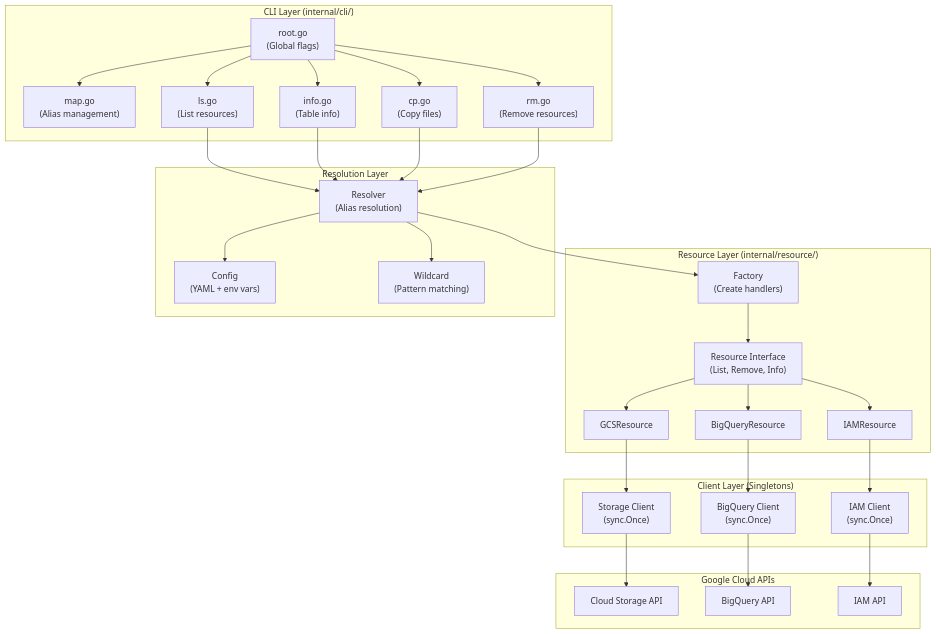
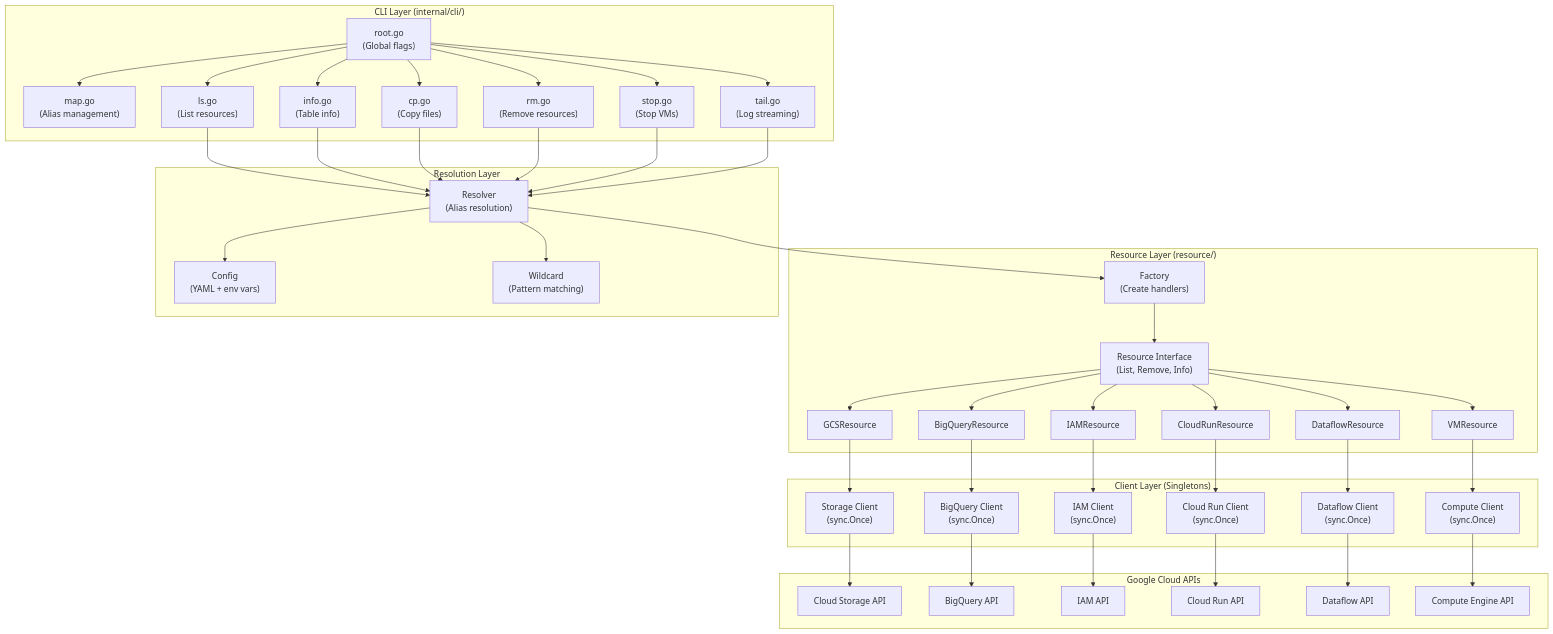
One commit to thieso2/cio changed the first of 3 diagrams in CLAUDE.md. Above: the diagram before and after it, drawn with Mermaid. The commit also changed other lines of this file and 13 other files, not shown here.

First line of the commit message:
feat: add Compute Engine VM support (ls, rm, stop, tail)

````diff
--- a/CLAUDE.md
+++ b/CLAUDE.md
@@ -78,14 +83,19 @@
         Info["info.go<br/>(Table info)"]
         Cp["cp.go<br/>(Copy files)"]
         Rm["rm.go<br/>(Remove resources)"]
+        Stop["stop.go<br/>(Stop VMs)"]
+        Tail["tail.go<br/>(Log streaming)"]
     end
 
-    subgraph "Resource Layer (internal/resource/)"
+    subgraph "Resource Layer (resource/)"
         Factory["Factory<br/>(Create handlers)"]
         Interface["Resource Interface<br/>(List, Remove, Info)"]
         GCSRes["GCSResource"]
         BQRes["BigQueryResource"]
         IAMRes["IAMResource"]
+        CRRes["CloudRunResource"]
+        DFRes["DataflowResource"]
+        VMRes["VMResource"]
     end
 
     subgraph "Resolution Layer"
@@ -98,12 +108,18 @@
         StorageClient["Storage Client<br/>(sync.Once)"]
         BQClient["BigQuery Client<br/>(sync.Once)"]
         IAMClient["IAM Client<br/>(sync.Once)"]
+        CRClient["Cloud Run Client<br/>(sync.Once)"]
+        DFClient["Dataflow Client<br/>(sync.Once)"]
+        ComputeClient["Compute Client<br/>(sync.Once)"]
     end
 
     subgraph "Google Cloud APIs"
         GCSAPI["Cloud Storage API"]
         BQAPI["BigQuery API"]
         IAMAPI["IAM API"]
+        CRAPI["Cloud Run API"]
+        DFAPI["Dataflow API"]
+        ComputeAPI["Compute Engine API"]
     end
 
     Root --> Map
@@ -111,11 +127,15 @@
     Root --> Info
     Root --> Cp
     Root --> Rm
+    Root --> Stop
+    Root --> Tail
 
     Ls --> Resolver
     Info --> Resolver
     Cp --> Resolver
     Rm --> Resolver
+    Stop --> Resolver
+    Tail --> Resolver
 
     Resolver --> Config
     Resolver --> Factory
@@ -125,12 +145,21 @@
     Interface --> GCSRes
     Interface --> BQRes
     Interface --> IAMRes
+    Interface --> CRRes
+    Interface --> DFRes
+    Interface --> VMRes
 
     GCSRes --> StorageClient
     BQRes --> BQClient
     IAMRes --> IAMClient
+    CRRes --> CRClient
+    DFRes --> DFClient
+    VMRes --> ComputeClient
 
     StorageClient --> GCSAPI
     BQClient --> BQAPI
     IAMClient --> IAMAPI
+    CRClient --> CRAPI
+    DFClient --> DFAPI
+    ComputeClient --> ComputeAPI
 ```
````
